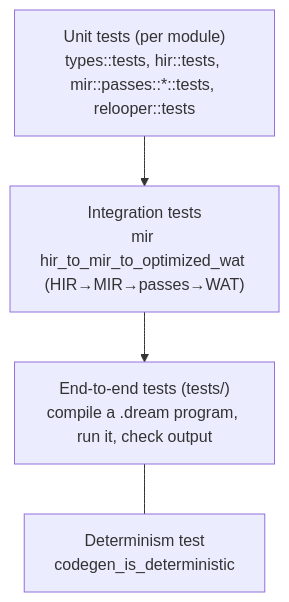
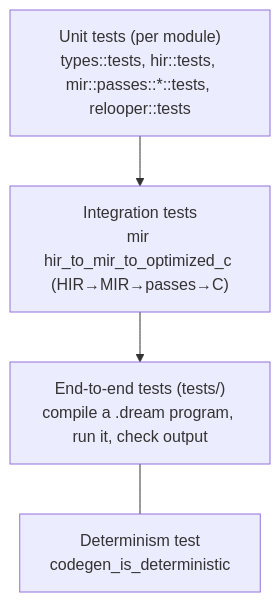
Before and after one commit to sps014/dream: the first of 3 diagrams in docs/internals/08-testing-and-determinism.md, drawn with Mermaid. The commit also changed other lines of this file and 105 other files, not shown here.

````diff
--- a/docs/internals/08-testing-and-determinism.md
+++ b/docs/internals/08-testing-and-determinism.md
@@ -7,9 +7,9 @@
 ```mermaid
 flowchart TD
     unit["Unit tests (per module)\ntypes::tests, hir::tests, mir::passes::*::tests, relooper::tests"]
-    integ["Integration tests\nmir hir_to_mir_to_optimized_wat (HIR→MIR→passes→WAT)"]
+    integ["Integration tests\nmir hir_to_mir_to_optimized_c (HIR→MIR→passes→C)"]
     e2e["End-to-end tests (tests/)\ncompile a .dream program, run it, check output"]
     det["Determinism test\ncodegen_is_deterministic"]
     unit --> integ --> e2e
     e2e --- det
 ```
````
